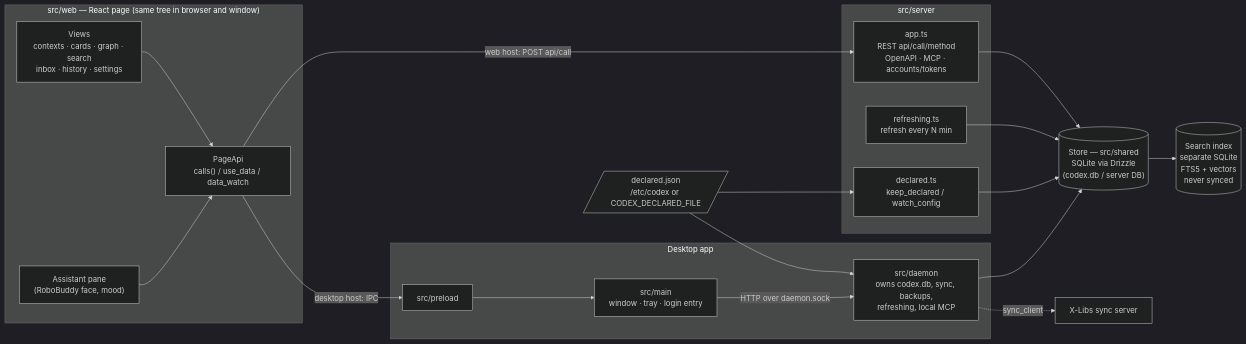
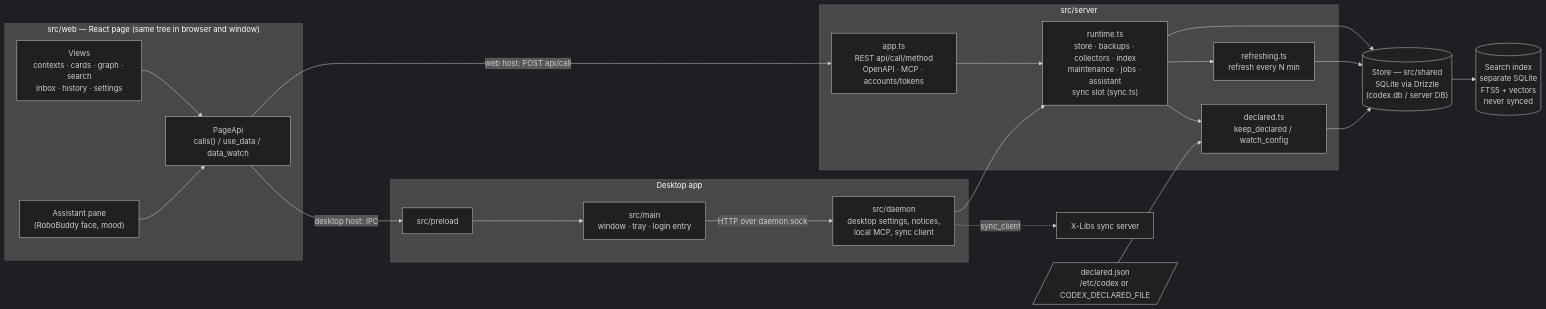
Before and after one commit to x-tech-laboratories/CODEX: the first of 3 diagrams in docs/architecture-diagram.md, drawn with Mermaid (dark theme). The commit also changed other lines of this file and 1 other file, not shown here.

Commit message:
docs: show the hosts' shared runtime

````diff
--- a/docs/architecture-diagram.md
+++ b/docs/architecture-diagram.md
@@ -7,39 +7,41 @@
 ```mermaid
 flowchart LR
   subgraph Page["src/web — React page (same tree in browser and window)"]
     Views["Views<br/>contexts · cards · graph · search<br/>inbox · history · settings"]
     Pane["Assistant pane<br/>(RoboBuddy face, mood)"]
     PageApi["PageApi<br/>calls() / use_data / data_watch"]
     Views --> PageApi
     Pane --> PageApi
   end
 
   subgraph Desktop["Desktop app"]
     Main["src/main<br/>window · tray · login entry"]
     Preload["src/preload"]
-    Daemon["src/daemon<br/>owns codex.db, sync, backups,<br/>refreshing, local MCP"]
+    Daemon["src/daemon<br/>desktop settings, notices,<br/>local MCP, sync client"]
   end
 
   subgraph Server["src/server"]
     App["app.ts<br/>REST api/call/method<br/>OpenAPI · MCP · accounts/tokens"]
+    Runtime["runtime.ts<br/>store · backups · collectors · index<br/>maintenance · jobs · assistant<br/>sync slot (sync.ts)"]
     Refresh["refreshing.ts<br/>refresh every N min"]
     Declared["declared.ts<br/>keep_declared / watch_config"]
   end
 
   Store[("Store — src/shared<br/>SQLite via Drizzle<br/>(codex.db / server DB)")]
   Index[("Search index<br/>separate SQLite<br/>FTS5 + vectors<br/>never synced")]
   Sync["X-Libs sync server"]
   DeclFile[/"declared.json<br/>/etc/codex or CODEX_DECLARED_FILE"/]
 
   PageApi -- "web host: POST api/call" --> App
   PageApi -- "desktop host: IPC" --> Preload --> Main
   Main -- "HTTP over daemon.sock" --> Daemon
 
-  App --> Store
-  Daemon --> Store
-  Refresh --> Store
+  App --> Runtime
+  Daemon --> Runtime
+  Runtime --> Store
+  Runtime --> Refresh --> Store
+  Runtime --> Declared
   Daemon -. "sync_client" .-> Sync
   Store --> Index
   DeclFile --> Declared --> Store
-  DeclFile --> Daemon
 ```
````
